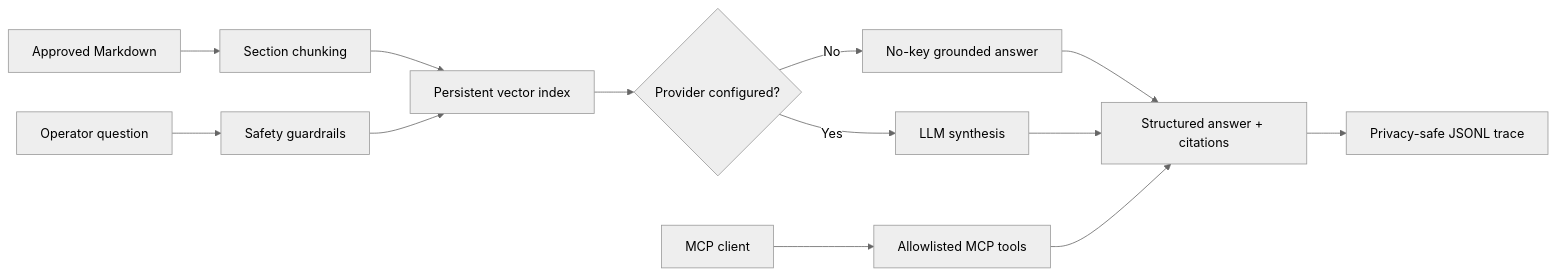
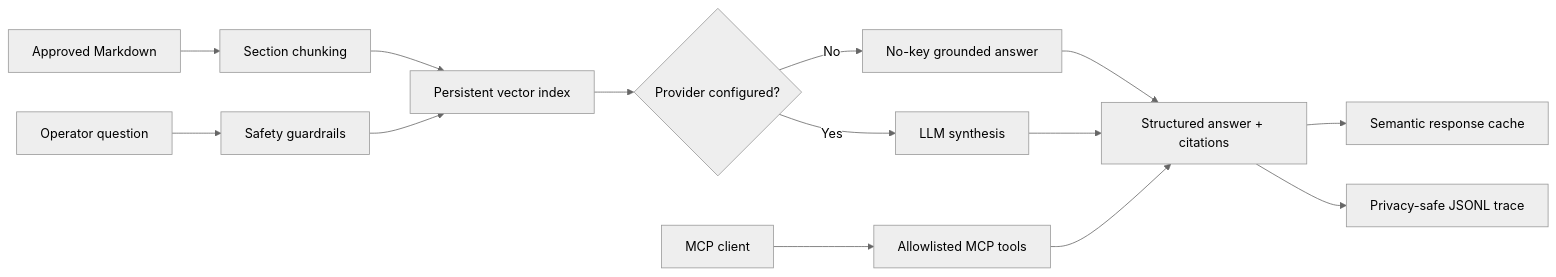
The diagram in README.md (anveshsvemuri/data-platform-copilot), drawn with Mermaid (neutral theme) before and after one commit. The commit also changed other lines of this file and 9 other files, not shown here.

Commit message:
feat: add privacy-safe semantic response caching

````diff
--- a/README.md
+++ b/README.md
@@ -9,15 +9,16 @@
 ```mermaid
 flowchart LR
     A[Approved Markdown] --> B[Section chunking]
     B --> V[Persistent vector index]
     Q[Operator question] --> C[Safety guardrails]
     C --> V
     V --> D{Provider configured?}
     D -->|No| E[No-key grounded answer]
     D -->|Yes| F[LLM synthesis]
     E --> G[Structured answer + citations]
     F --> G
+    G --> K[Semantic response cache]
     G --> T[Privacy-safe JSONL trace]
     M[MCP client] --> H[Allowlisted MCP tools]
     H --> G
 ```
````
